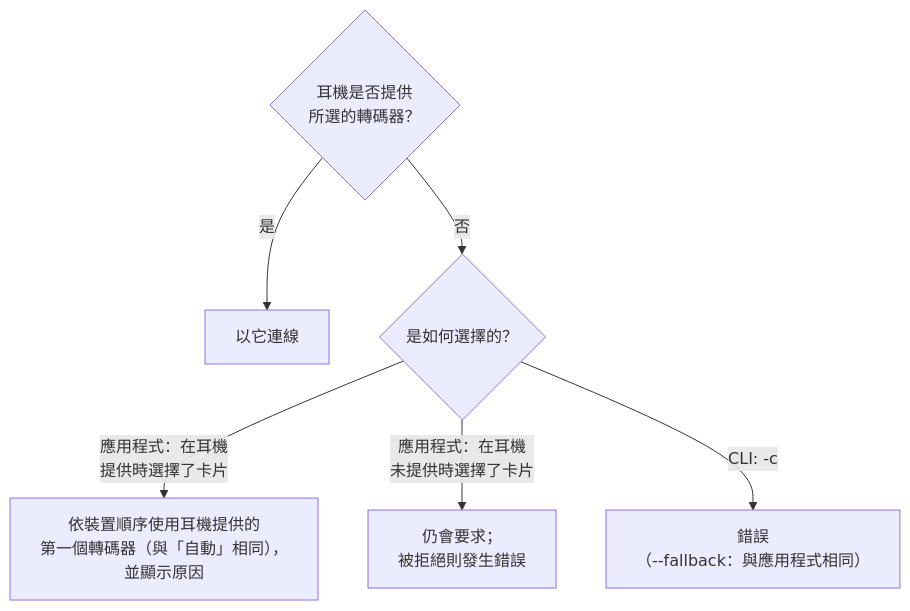
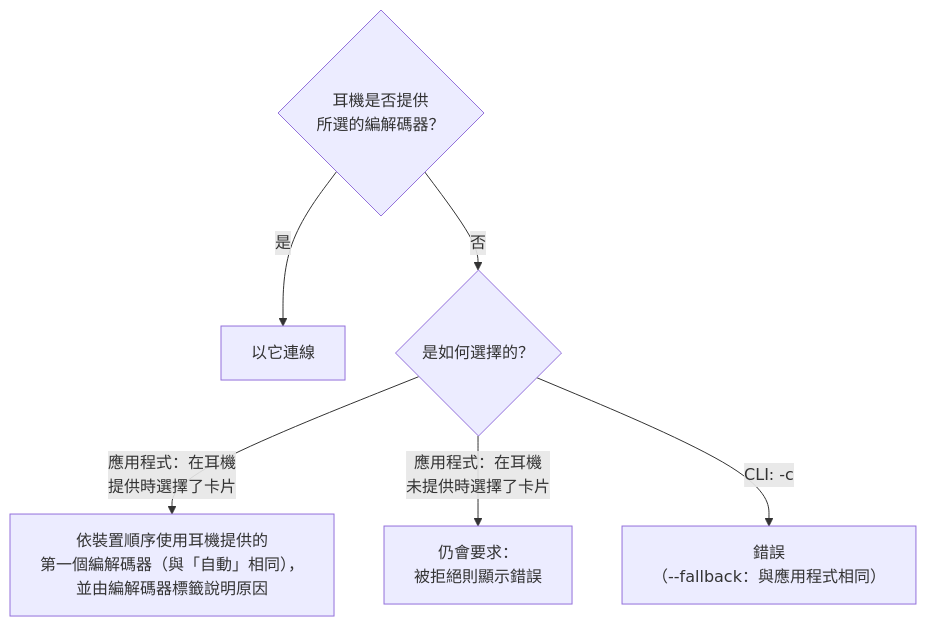
Before and after one commit to RxMaxx/A2DP-Windows-Bridge: the second of 2 diagrams in docs/zh-TW/usage.md, drawn with Mermaid. The commit also changed other lines of this file and 105 other files, not shown here.

````diff
--- a/docs/zh-TW/usage.md
+++ b/docs/zh-TW/usage.md
@@ -432,15 +439,15 @@
 ```mermaid
 ---
 config:
   flowchart:
     wrappingWidth: 480
     rankSpacing: 30
 ---
 flowchart TD
-    q{"耳機是否提供<br>所選的轉碼器？"}
+    q{"耳機是否提供<br>所選的編解碼器？"}
     q -->|"是"| use["以它連線"]
     q -->|"否"| how{"是如何選擇的？"}
-    how -->|"應用程式：在耳機<br>提供時選擇了卡片"| fb["依裝置順序使用耳機提供的<br>第一個轉碼器（與「自動」相同），<br>並顯示原因"]
-    how -->|"應用程式：在耳機<br>未提供時選擇了卡片"| force["仍會要求；<br>被拒絕則發生錯誤"]
+    how -->|"應用程式：在耳機<br>提供時選擇了卡片"| fb["依裝置順序使用耳機提供的<br>第一個編解碼器（與「自動」相同），<br>並由編解碼器標籤說明原因"]
+    how -->|"應用程式：在耳機<br>未提供時選擇了卡片"| force["仍會要求：<br>被拒絕則顯示錯誤"]
     how -->|"CLI: -c"| cli["錯誤<br>（--fallback：與應用程式相同）"]
 ```
````
